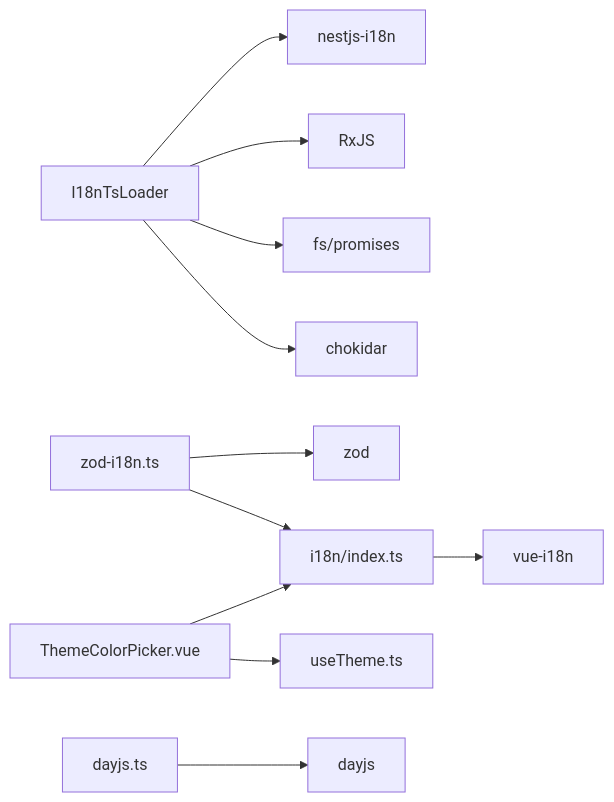
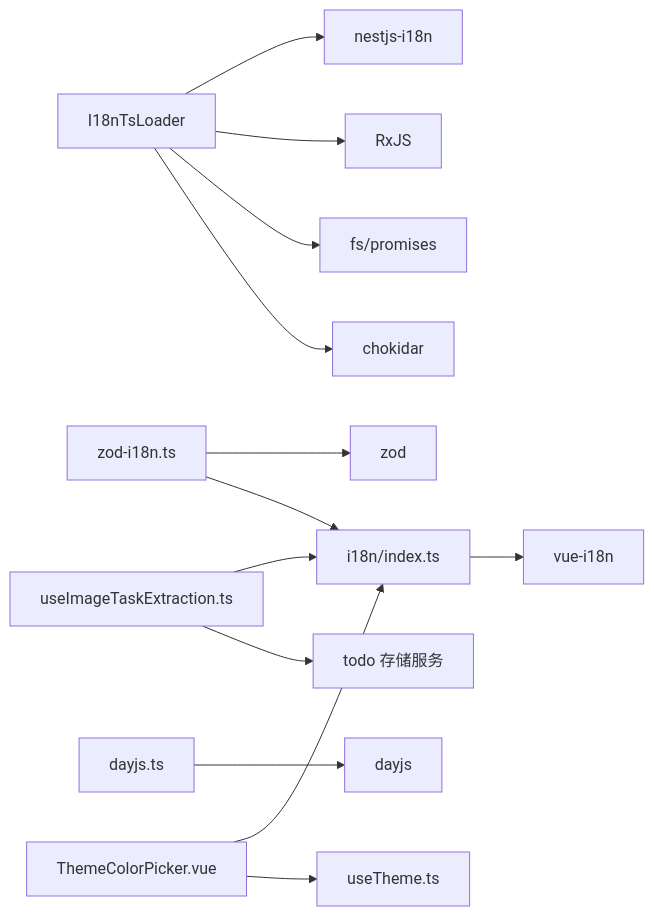
The seventh of 7 diagrams in .qoder/repowiki/zh/content/前端开发/国际化/国际化.md (xixixiaoyu/Todo), drawn with Mermaid before and after one commit. The commit also changed other lines of this file and 8 other files, not shown here.

````diff
--- a/.qoder/repowiki/zh/content/前端开发/国际化/国际化.md
+++ b/.qoder/repowiki/zh/content/前端开发/国际化/国际化.md
@@ -326,13 +372,15 @@
 ```mermaid
 graph LR
 Loader["I18nTsLoader"] --> Nest["nestjs-i18n"]
 Loader --> Rx["RxJS"]
 Loader --> FS["fs/promises"]
 Loader --> Chok["chokidar"]
 FE_i18n["i18n/index.ts"] --> VueI18n["vue-i18n"]
 FE_zod["zod-i18n.ts"] --> Zod["zod"]
 FE_zod --> FE_i18n
 FE_dayjs["dayjs.ts"] --> Dayjs["dayjs"]
+ImageTask["useImageTaskExtraction.ts"] --> FE_i18n
+ImageTask --> TodoStore["todo 存储服务"]
 ThemePicker["ThemeColorPicker.vue"] --> FE_i18n
 ThemePicker --> UseTheme["useTheme.ts"]
 ```
````
